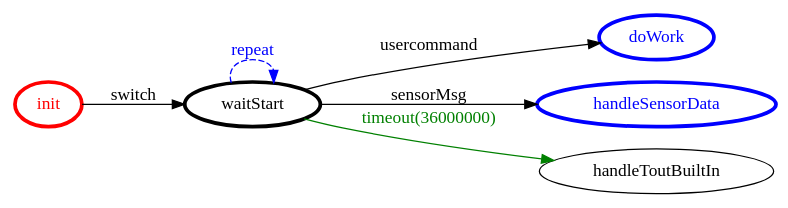
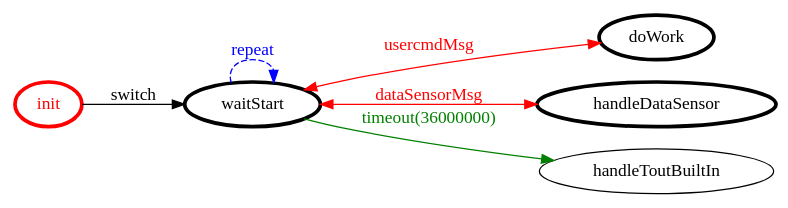
One commit to enzolowboys/RobotCleaner changed the diagram in it.unibo.robotCleanerV0.1/srcMore/it/unibo/mbotcleaner/mbotcleaner.gv. Above: the diagram before and after it, drawn with Graphviz. The commit also changed 52 other files, not shown here.

```diff
--- a/it.unibo.robotCleanerV0.1/srcMore/it/unibo/mbotcleaner/mbotcleaner.gv
+++ b/it.unibo.robotCleanerV0.1/srcMore/it/unibo/mbotcleaner/mbotcleaner.gv
@@ -1,22 +1,22 @@
 /*
 *
 * A GraphViz DOT FSM description 
 * Please use a GraphViz visualizer (like http://www.webgraphviz.com)
 *  
 */
 
 digraph finite_state_machine {
 	rankdir=LR
 	size="8,5"
 	
 	init [ color = red ][ fontcolor = red ][ penwidth = 3 ]
 	waitStart [ color = black ][ fontcolor = black ][ penwidth = 3 ]
-	doWork [ color = blue ][ fontcolor = blue ][ penwidth = 3 ]
-	handleSensorData [ color = blue ][ fontcolor = blue ][ penwidth = 3 ]
+	doWork [ color = black ][ fontcolor = black ][ penwidth = 3 ]
+	handleDataSensor [ color = black ][ fontcolor = black ][ penwidth = 3 ]
 	
+	waitStart -> handleDataSensor [ label = "dataSensorMsg" ][ color = red ][ fontcolor = red ][ dir = both ]
 	init -> waitStart [ label = "switch" ][ color = black ][ fontcolor = black ]
 	waitStart -> waitStart [ label = "repeat "][ style = dashed ][ color = blue ][ fontcolor = blue ]
+	waitStart -> doWork [ label = "usercmdMsg" ][ color = red ][ fontcolor = red ][ dir = both ]
 	waitStart -> handleToutBuiltIn [ label = "timeout(36000000)" ][ color = green ][ fontcolor = green ]
-	waitStart -> handleSensorData [ label = "sensorMsg" ][ color = black ][ fontcolor = black ]
-	waitStart -> doWork [ label = "usercommand" ][ color = black ][ fontcolor = black ]
 }
```
